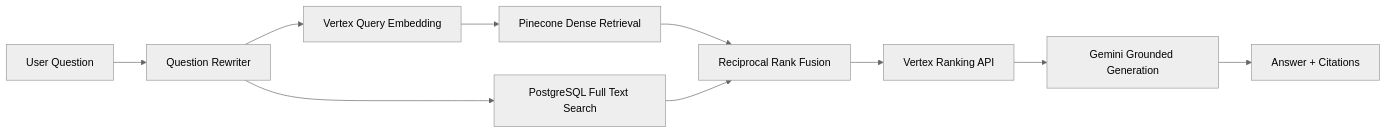
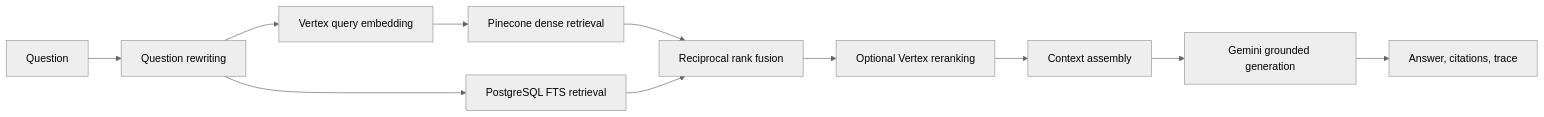
One commit to tarunngusain08/knowledge-forge changed the second of 5 diagrams in docs/architecture.md. Above: the diagram before and after it, drawn with Mermaid (neutral theme). The commit also changed other lines of this file and 6 other files, not shown here.

````diff
--- a/docs/architecture.md
+++ b/docs/architecture.md
@@ -8,12 +77,13 @@
 ```mermaid
 flowchart LR
-  U[User Question] --> QR[Question Rewriter]
-  QR --> QE[Vertex Query Embedding]
-  QE --> P[Pinecone Dense Retrieval]
-  QR --> FTS[PostgreSQL Full Text Search]
-  P --> RRF[Reciprocal Rank Fusion]
-  FTS --> RRF
-  RRF --> RR[Vertex Ranking API]
-  RR --> G[Gemini Grounded Generation]
-  G --> C[Answer + Citations]
+  Q["Question"] --> QR["Question rewriting"]
+  QR --> Emb["Vertex query embedding"]
+  Emb --> Dense["Pinecone dense retrieval"]
+  QR --> FTS["PostgreSQL FTS retrieval"]
+  Dense --> Fusion["Reciprocal rank fusion"]
+  FTS --> Fusion
+  Fusion --> Rerank["Optional Vertex reranking"]
+  Rerank --> Context["Context assembly"]
+  Context --> Gemini["Gemini grounded generation"]
+  Gemini --> Answer["Answer, citations, trace"]
 ```
````
